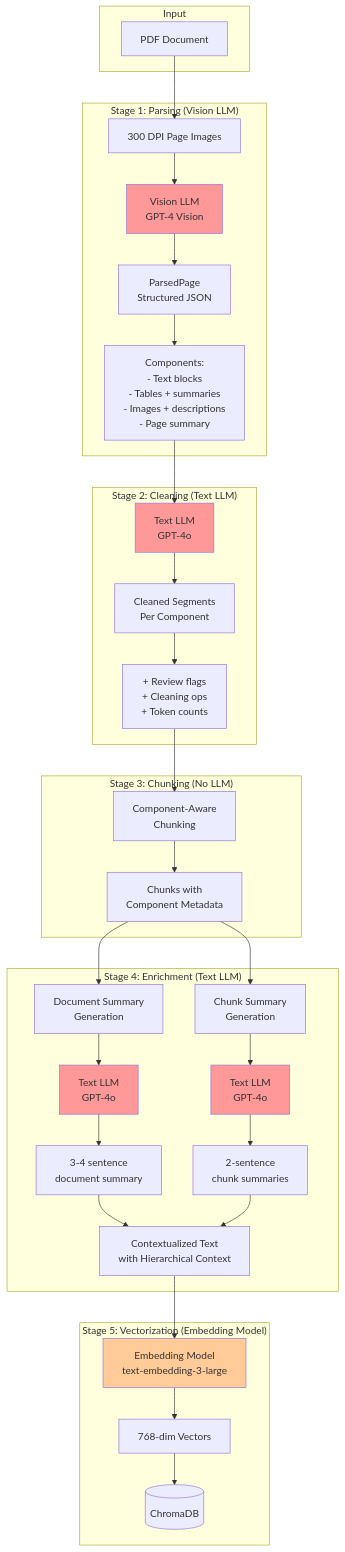
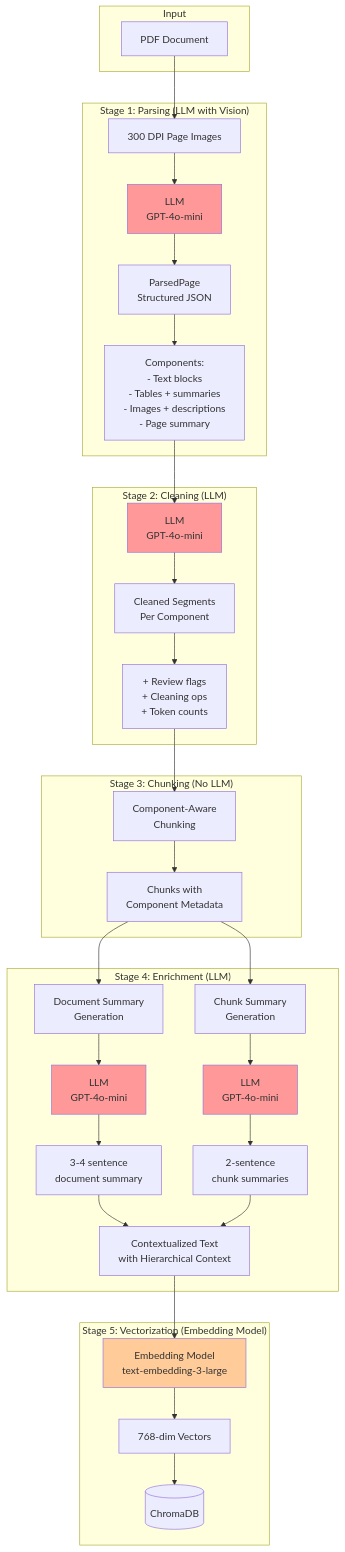
One commit to bookRa/RAG_pipeline_worker changed the diagram in docs/LLM_Integration_Patterns.md. Above: the diagram before and after it, drawn with Mermaid. The commit also changed other lines of this file and 10 other files, not shown here.

````diff
--- a/docs/LLM_Integration_Patterns.md
+++ b/docs/LLM_Integration_Patterns.md
@@ -91,49 +96,49 @@
 ```mermaid
 graph TB
     subgraph Input
         PDF[PDF Document]
     end
     
-    subgraph Parsing["Stage 1: Parsing (Vision LLM)"]
+    subgraph Parsing["Stage 1: Parsing (LLM with Vision)"]
         PDF --> PageImages[300 DPI Page Images]
-        PageImages --> VisionLLM[Vision LLM<br/>GPT-4 Vision]
+        PageImages --> VisionLLM[LLM<br/>GPT-4o-mini]
         VisionLLM --> ParsedPage[ParsedPage<br/>Structured JSON]
         ParsedPage --> Components[Components:<br/>- Text blocks<br/>- Tables + summaries<br/>- Images + descriptions<br/>- Page summary]
     end
     
-    subgraph Cleaning["Stage 2: Cleaning (Text LLM)"]
-        Components --> CleaningLLM[Text LLM<br/>GPT-4o]
+    subgraph Cleaning["Stage 2: Cleaning (LLM)"]
+        Components --> CleaningLLM[LLM<br/>GPT-4o-mini]
         CleaningLLM --> CleanedSegments[Cleaned Segments<br/>Per Component]
         CleanedSegments --> Metadata[+ Review flags<br/>+ Cleaning ops<br/>+ Token counts]
     end
     
     subgraph Chunking["Stage 3: Chunking (No LLM)"]
         Metadata --> ComponentChunking[Component-Aware<br/>Chunking]
         ComponentChunking --> Chunks[Chunks with<br/>Component Metadata]
     end
     
-    subgraph Enrichment["Stage 4: Enrichment (Text LLM)"]
+    subgraph Enrichment["Stage 4: Enrichment (LLM)"]
         Chunks --> DocSummary[Document Summary<br/>Generation]
-        DocSummary --> SummaryLLM[Text LLM<br/>GPT-4o]
+        DocSummary --> SummaryLLM[LLM<br/>GPT-4o-mini]
         SummaryLLM --> DocSum[3-4 sentence<br/>document summary]
         
         Chunks --> ChunkSummary[Chunk Summary<br/>Generation]
-        ChunkSummary --> ChunkLLM[Text LLM<br/>GPT-4o]
+        ChunkSummary --> ChunkLLM[LLM<br/>GPT-4o-mini]
         ChunkLLM --> ChunkSum[2-sentence<br/>chunk summaries]
         
         DocSum --> Contextualized[Contextualized Text<br/>with Hierarchical Context]
         ChunkSum --> Contextualized
     end
     
     subgraph Vectorization["Stage 5: Vectorization (Embedding Model)"]
         Contextualized --> EmbedModel[Embedding Model<br/>text-embedding-3-large]
         EmbedModel --> Vectors[768-dim Vectors]
         Vectors --> VectorDB[(ChromaDB)]
     end
     
     style VisionLLM fill:#ff9999
     style CleaningLLM fill:#ff9999
     style SummaryLLM fill:#ff9999
     style ChunkLLM fill:#ff9999
     style EmbedModel fill:#ffcc99
 ```
````
